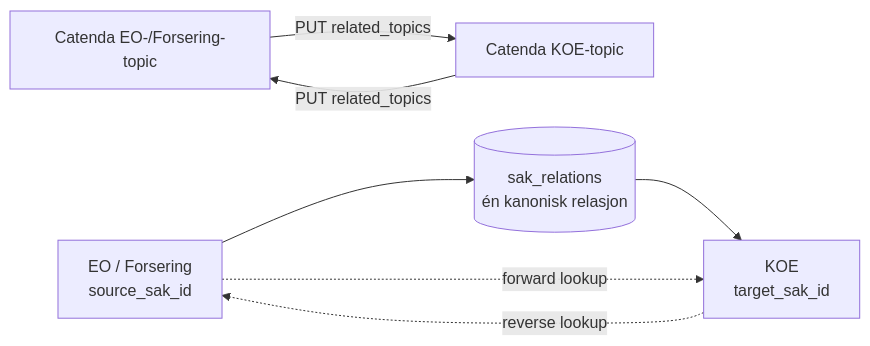
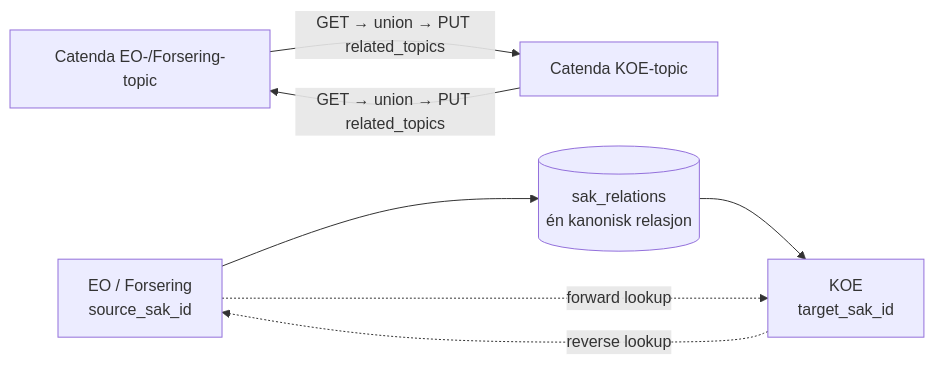
Before and after one commit to khjohns/endringsmeldinger: the sixth of 6 diagrams in docs/catenda-dataflyt.md, drawn with Mermaid. The commit also changed other lines of this file and 22 other files, not shown here.

````diff
--- a/docs/catenda-dataflyt.md
+++ b/docs/catenda-dataflyt.md
@@ -249,15 +265,15 @@
 ```mermaid
 flowchart LR
     EO["EO / Forsering<br/>source_sak_id"]
     REL[("sak_relations<br/>én kanonisk relasjon")]
     KOE["KOE<br/>target_sak_id"]
 
     EO --> REL --> KOE
     EO -. "forward lookup" .-> KOE
     KOE -. "reverse lookup" .-> EO
 
     CET["Catenda EO-/Forsering-topic"]
     CKT["Catenda KOE-topic"]
-    CET -->|"PUT related_topics"| CKT
-    CKT -->|"PUT related_topics"| CET
+    CET -->|"GET → union → PUT related_topics"| CKT
+    CKT -->|"GET → union → PUT related_topics"| CET
 ```
````
